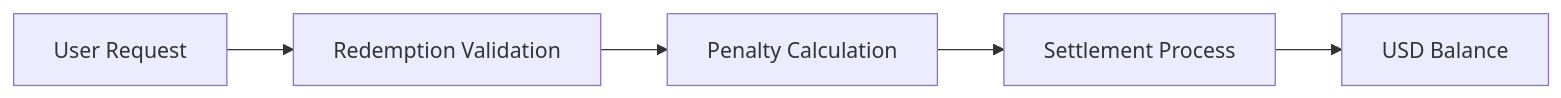
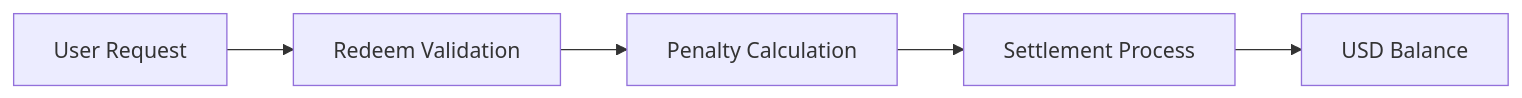
One commit to FOPEN2010/docs changed the diagram in product/redemption.mdx. Above: the diagram before and after it, drawn with Mermaid. The commit also changed other lines of this file and 11 other files, not shown here.

````diff
--- a/product/redemption.mdx
+++ b/product/redemption.mdx
@@ -19,7 +19,7 @@
 ```mermaid
 flowchart LR
-    A[User Request] --> B[Redemption Validation]
+    A[User Request] --> B[Redeem Validation]
     B --> C[Penalty Calculation]
     C --> D[Settlement Process]
     D --> E[USD Balance]
 ```
````
